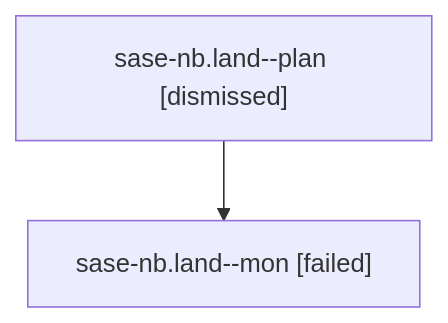
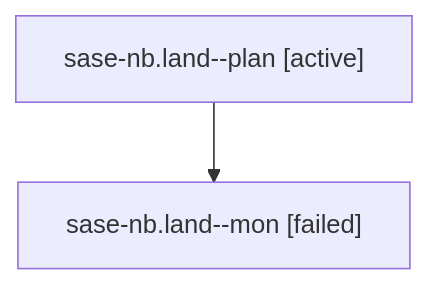
One commit to sase-org/sase--agents changed the diagram in families/bbugyi200.athena.sase-nb.land.md. Above: the diagram before and after it, drawn with Mermaid. The commit also changed other lines of this file and 35830 other files, not shown here.

````diff
--- a/families/bbugyi200.athena.sase-nb.land.md
+++ b/families/bbugyi200.athena.sase-nb.land.md
@@ -9,6 +9,6 @@
 ```mermaid
 flowchart TD
-  n0["sase-nb.land--plan [dismissed]"]
+  n0["sase-nb.land--plan [active]"]
   n1["sase-nb.land--mon [failed]"]
   n0 --> n1
 ```
````
